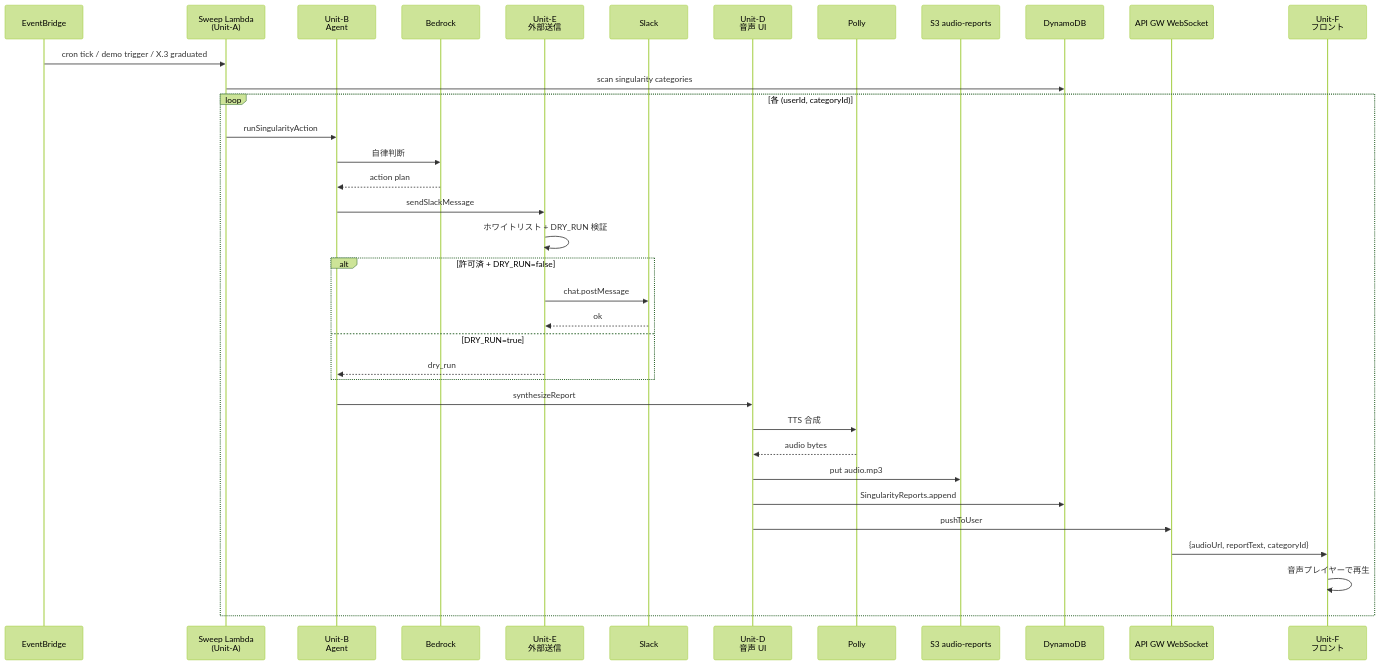
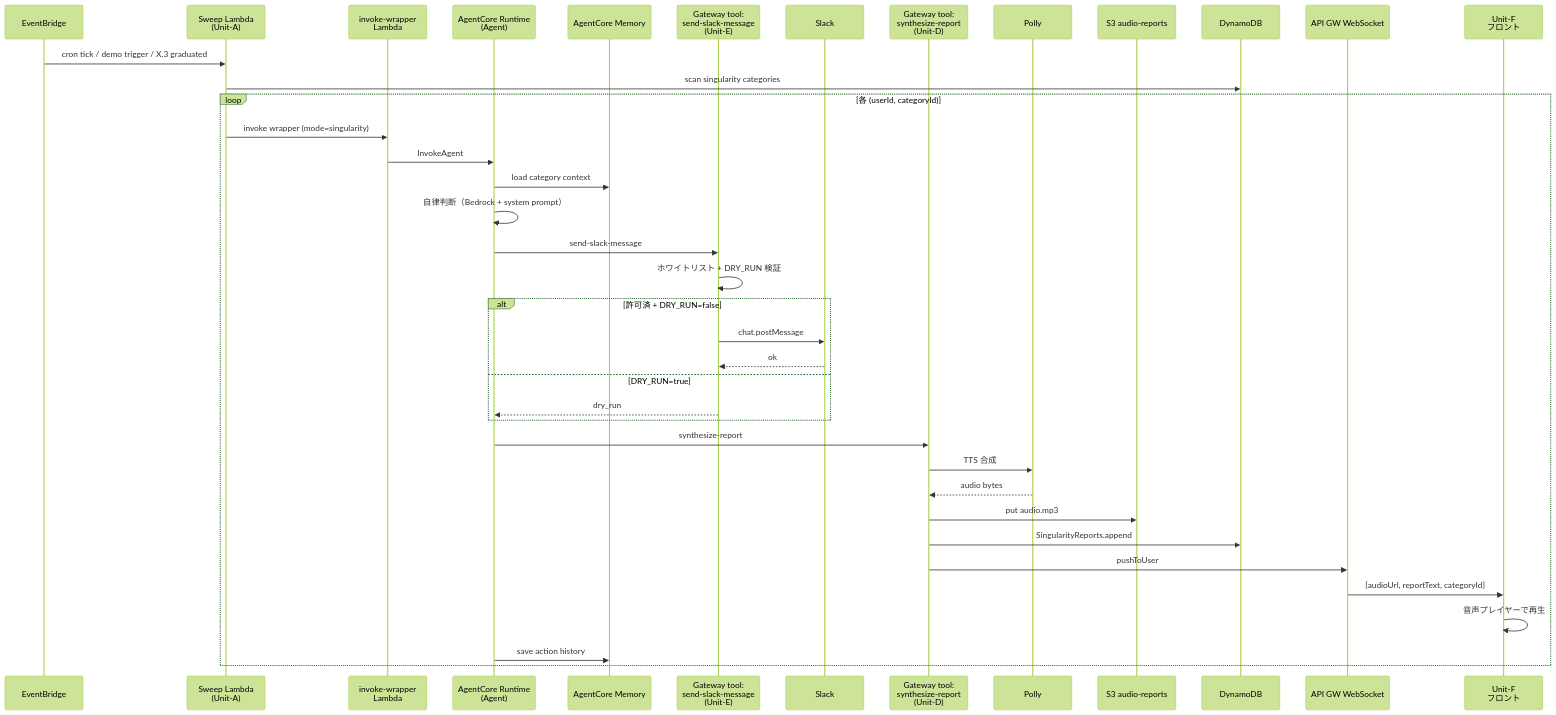
Before and after one commit to is-tech-lab/team-dlc-dame-labo-corporation: the second of 4 diagrams in aidlc-docs/inception/application-design/unit-of-work-dependency.md, drawn with Mermaid (forest theme). The commit also changed other lines of this file and 3 other files, not shown here.

First line of the commit message:
Adjust Unit-B structure for Bedrock AgentCore implementation

````diff
--- a/aidlc-docs/inception/application-design/unit-of-work-dependency.md
+++ b/aidlc-docs/inception/application-design/unit-of-work-dependency.md
@@ -100,39 +116,42 @@
 ```mermaid
 sequenceDiagram
     participant EB as EventBridge
     participant Sweep as Sweep Lambda<br/>(Unit-A)
-    participant B as Unit-B<br/>Agent
-    participant Bedrock
-    participant E as Unit-E<br/>外部送信
+    participant W as invoke-wrapper<br/>Lambda
+    participant AC as AgentCore Runtime<br/>(Agent)
+    participant Mem as AgentCore Memory
+    participant SlackTool as Gateway tool:<br/>send-slack-message<br/>(Unit-E)
     participant Slack
-    participant D as Unit-D<br/>音声 UI
+    participant VoiceTool as Gateway tool:<br/>synthesize-report<br/>(Unit-D)
     participant Polly
     participant S3 as S3 audio-reports
     participant DDB as DynamoDB
     participant WS as API GW WebSocket
     participant F as Unit-F<br/>フロント
 
     EB->>Sweep: cron tick / demo trigger / X.3 graduated
     Sweep->>DDB: scan singularity categories
     loop 各 (userId, categoryId)
-        Sweep->>B: runSingularityAction
-        B->>Bedrock: 自律判断
-        Bedrock-->>B: action plan
-        B->>E: sendSlackMessage
-        E->>E: ホワイトリスト + DRY_RUN 検証
+        Sweep->>W: invoke wrapper (mode=singularity)
+        W->>AC: InvokeAgent
+        AC->>Mem: load category context
+        AC->>AC: 自律判断（Bedrock + system prompt）
+        AC->>SlackTool: send-slack-message
+        SlackTool->>SlackTool: ホワイトリスト + DRY_RUN 検証
         alt 許可済 + DRY_RUN=false
-            E->>Slack: chat.postMessage
-            Slack-->>E: ok
+            SlackTool->>Slack: chat.postMessage
+            Slack-->>SlackTool: ok
         else DRY_RUN=true
-            E-->>B: dry_run
+            SlackTool-->>AC: dry_run
         end
-        B->>D: synthesizeReport
-        D->>Polly: TTS 合成
-        Polly-->>D: audio bytes
-        D->>S3: put audio.mp3
-        D->>DDB: SingularityReports.append
-        D->>WS: pushToUser
+        AC->>VoiceTool: synthesize-report
+        VoiceTool->>Polly: TTS 合成
+        Polly-->>VoiceTool: audio bytes
+        VoiceTool->>S3: put audio.mp3
+        VoiceTool->>DDB: SingularityReports.append
+        VoiceTool->>WS: pushToUser
         WS->>F: {audioUrl, reportText, categoryId}
         F->>F: 音声プレイヤーで再生
+        AC->>Mem: save action history
     end
 ```
````
